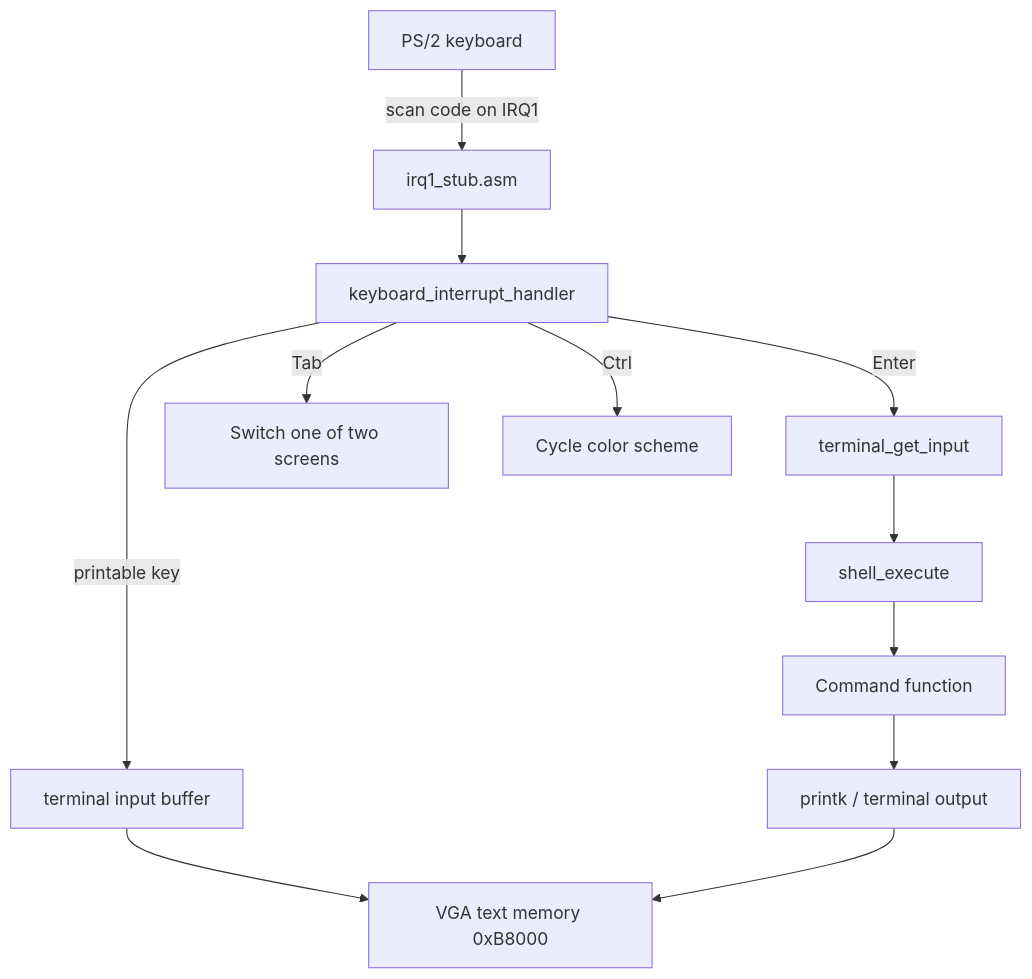
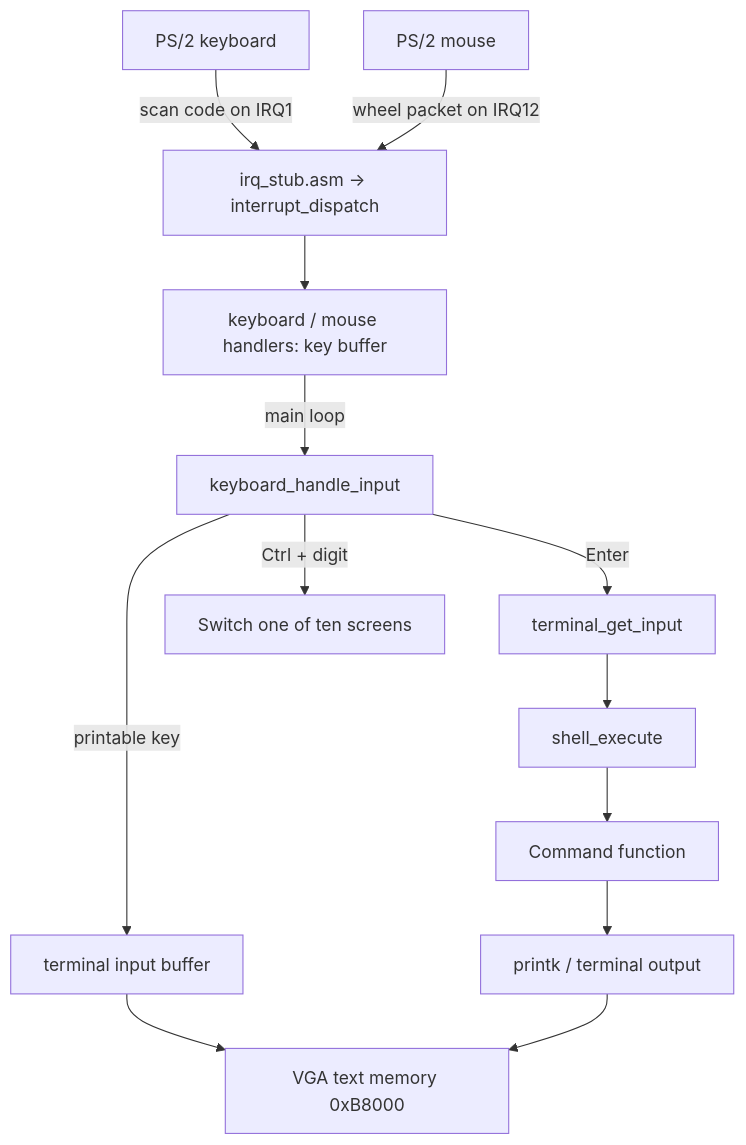
One commit to aautin/kernel_from_scratch changed the third of 3 diagrams in README.md. Above: the diagram before and after it, drawn with Mermaid. The commit also changed other lines of this file and 19 other files, not shown here.

````diff
--- a/README.md
+++ b/README.md
@@ -148,14 +149,15 @@
 ```mermaid
 flowchart TD
-		K[PS/2 keyboard] -->|scan code on IRQ1| S[irq1_stub.asm]
-		S --> H[keyboard_interrupt_handler]
+		K[PS/2 keyboard] -->|scan code on IRQ1| S[irq_stub.asm -> interrupt_dispatch]
+		M[PS/2 mouse] -->|wheel packet on IRQ12| S
+		S --> B[keyboard / mouse handlers: key buffer]
+		B -->|main loop| H[keyboard_handle_input]
 		H -->|printable key| T[terminal input buffer]
 		H -->|Enter| E[terminal_get_input]
 		E --> X[shell_execute]
 		X --> C[Command function]
 		C --> P[printk / terminal output]
 		T --> V[VGA text memory 0xB8000]
 		P --> V
-		H -->|Tab| D[Switch one of two screens]
-		H -->|Ctrl| Y[Cycle color scheme]
+		H -->|Ctrl + digit| D[Switch one of ten screens]
 ```
````
